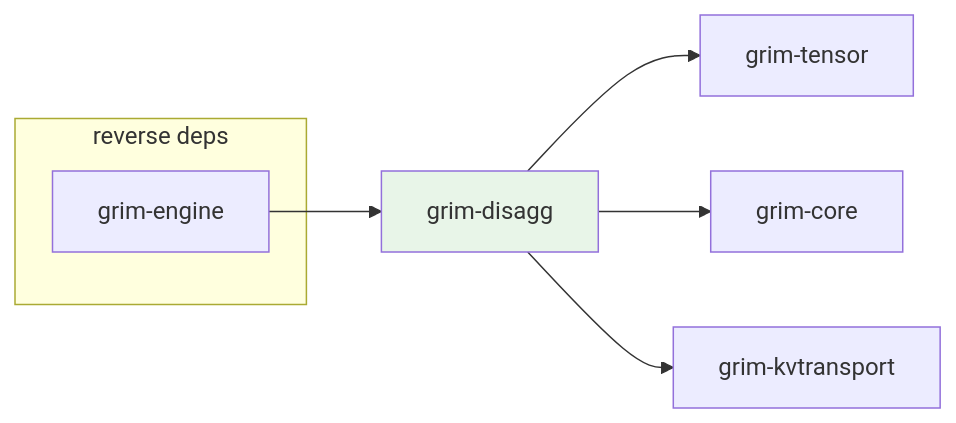
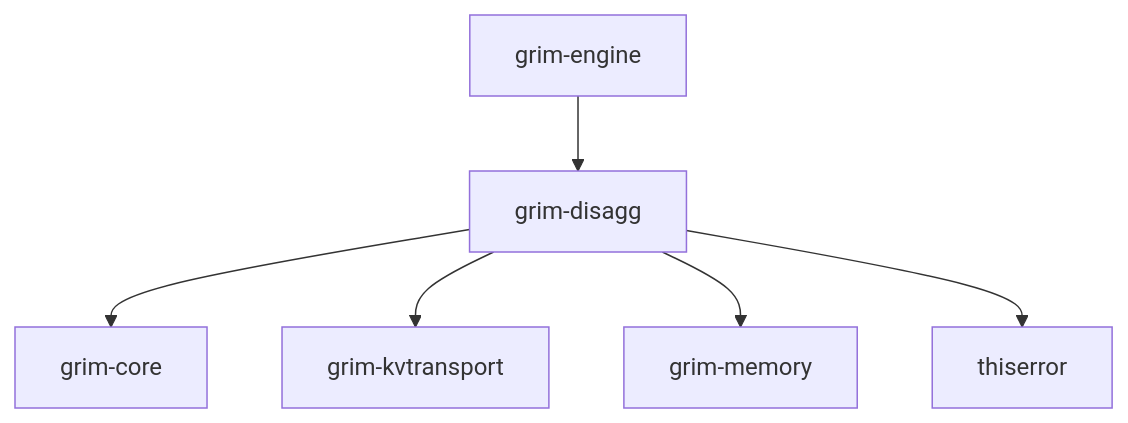
Before and after one commit to sydonayrex/grim: the diagram in crates/grim-disagg/README.md, drawn with Mermaid. The commit also changed other lines of this file and 53 other files, not shown here.

````diff
--- a/crates/grim-disagg/README.md
+++ b/crates/grim-disagg/README.md
@@ -22,14 +13,9 @@
 ```mermaid
-graph LR
-    A[grim-disagg] --> B[grim-tensor]
-    A --> C[grim-core]
-    A --> D[grim-kvtransport]
+graph TD
+    grim-engine --> grim-disagg
 
-    subgraph "reverse deps"
-        E1[grim-engine]
-    end
-
-    E1 --> A
-
-    style A fill:#e8f5e8
+    grim-disagg --> grim-core
+    grim-disagg --> grim-kvtransport
+    grim-disagg --> grim-memory
+    grim-disagg --> thiserror
 ```
````
